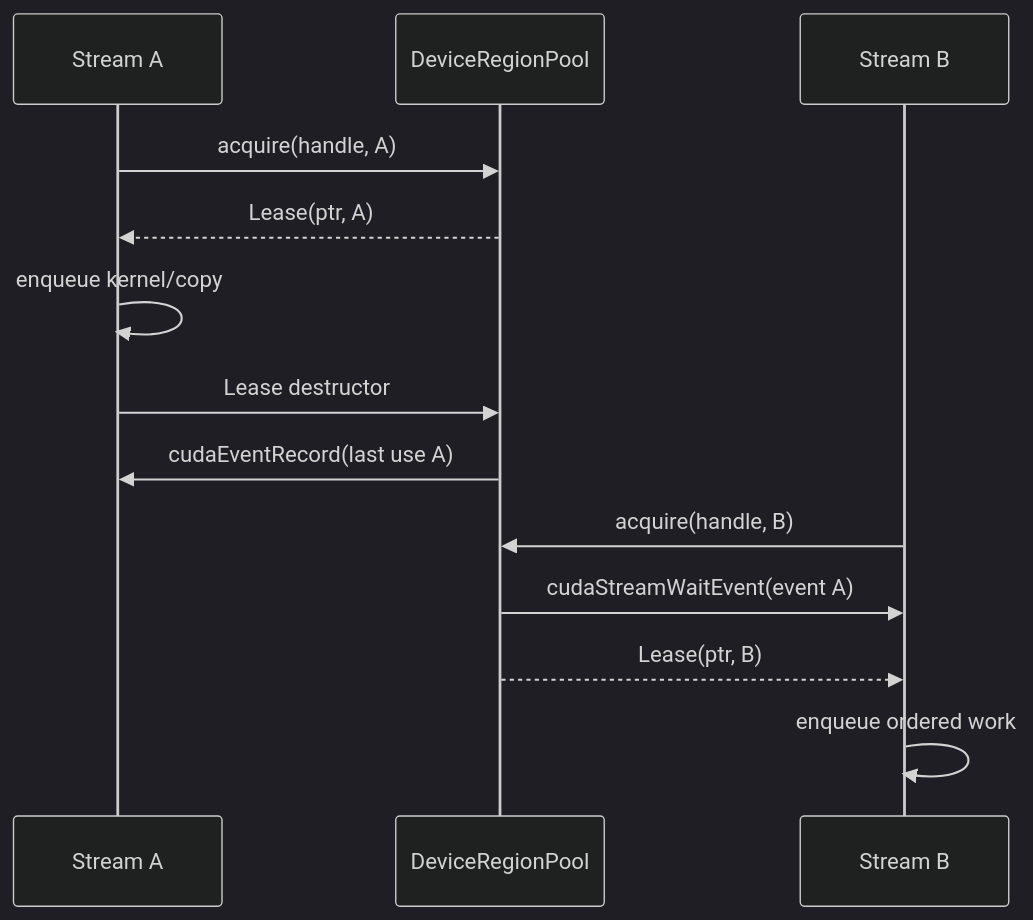
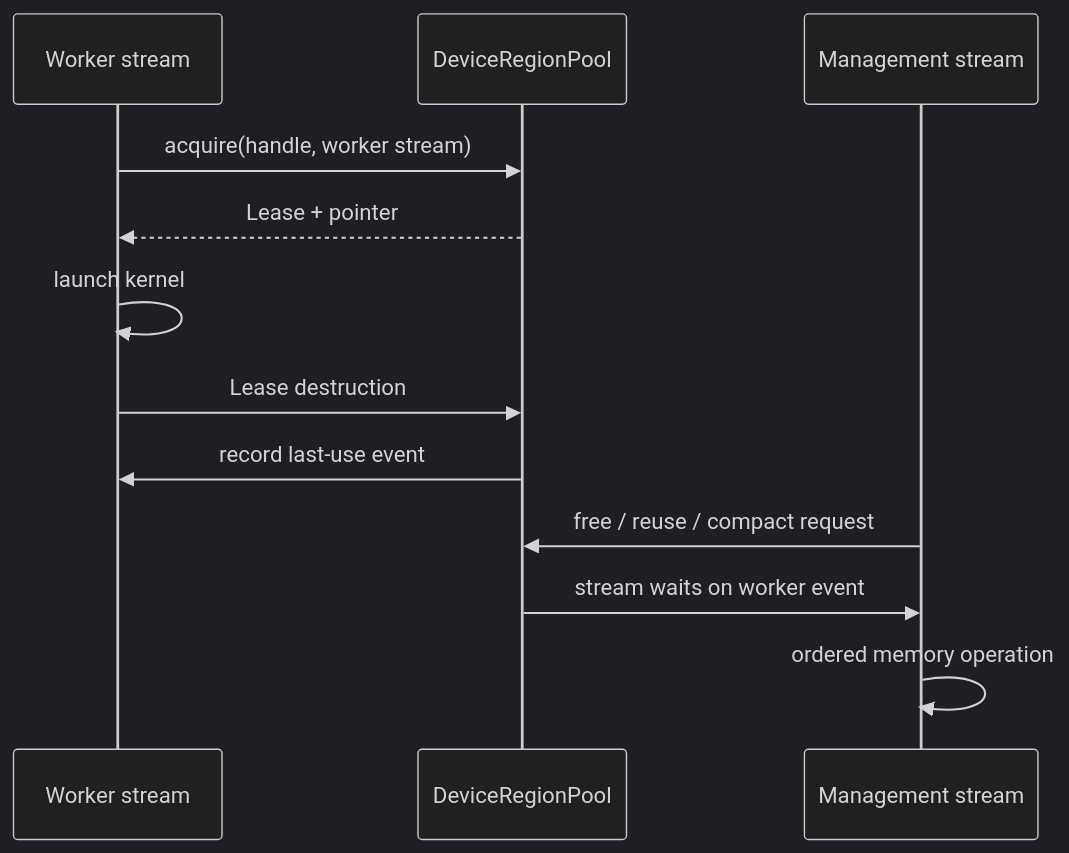
The eighth of 13 diagrams in cpp/doc/code-documentation-v3.md (sjoon-oh/arachne-impl), drawn with Mermaid (dark theme) before and after one commit. The commit also changed other lines of this file and 29 other files, not shown here.

````diff
--- a/cpp/doc/code-documentation-v3.md
+++ b/cpp/doc/code-documentation-v3.md
@@ -1536,16 +443,16 @@
 ```mermaid
 sequenceDiagram
-    participant SA as Stream A
+    participant W as Worker stream
     participant P as DeviceRegionPool
-    participant SB as Stream B
+    participant M as Management stream
 
-    SA->>P: acquire(handle, A)
-    P-->>SA: Lease(ptr, A)
-    SA->>SA: enqueue kernel/copy
-    SA->>P: Lease destructor
-    P->>SA: cudaEventRecord(last use A)
-    SB->>P: acquire(handle, B)
-    P->>SB: cudaStreamWaitEvent(event A)
-    P-->>SB: Lease(ptr, B)
-    SB->>SB: enqueue ordered work
+    W->>P: acquire(handle, worker stream)
+    P-->>W: Lease + pointer
+    W->>W: launch kernel
+    W->>P: Lease destruction
+    P->>W: record last-use event
+
+    M->>P: free / reuse / compact request
+    P->>M: stream waits on worker event
+    M->>M: ordered memory operation
 ```
````
